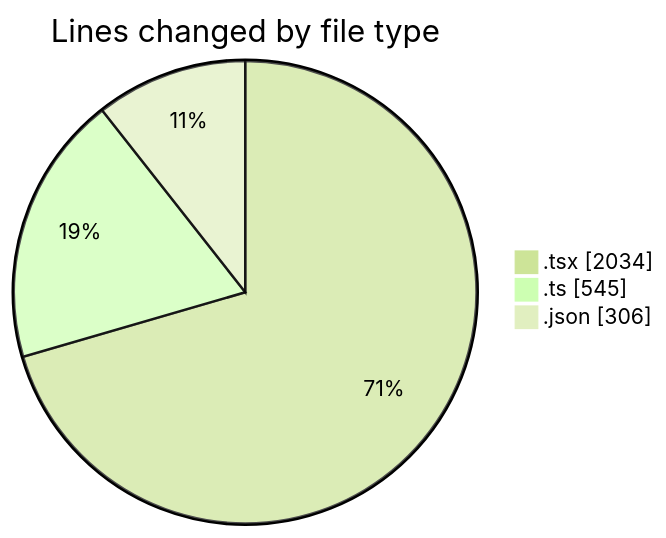
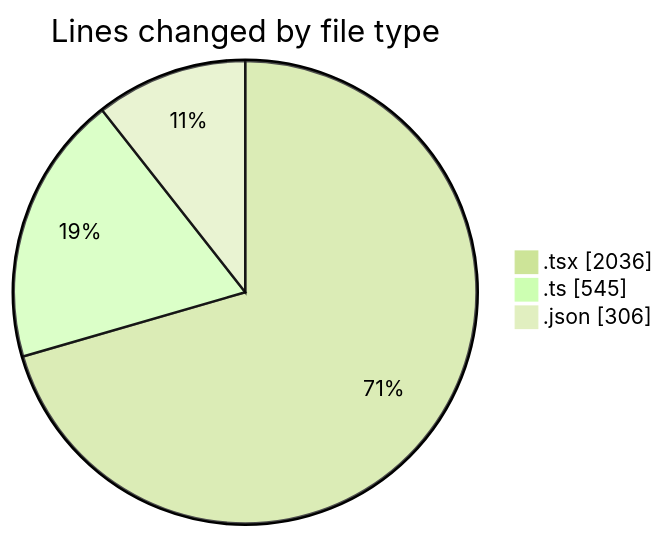
One commit to julien-gomy/code-tracking changed the first of 2 diagrams in 2025-11-22/eventscop-frontend-guide__workspace_/README.md. Above: the diagram before and after it, drawn with Mermaid (forest theme). The commit also changed other lines of this file and 1 other file, not shown here.

````diff
--- a/2025-11-22/eventscop-frontend-guide__workspace_/README.md
+++ b/2025-11-22/eventscop-frontend-guide__workspace_/README.md
@@ -43,7 +43,7 @@
 ```mermaid
 pie showData
 title Lines changed by file type
-".tsx" : 2034
+".tsx" : 2036
 ".ts" : 545
 ".json" : 306
 ```
````
